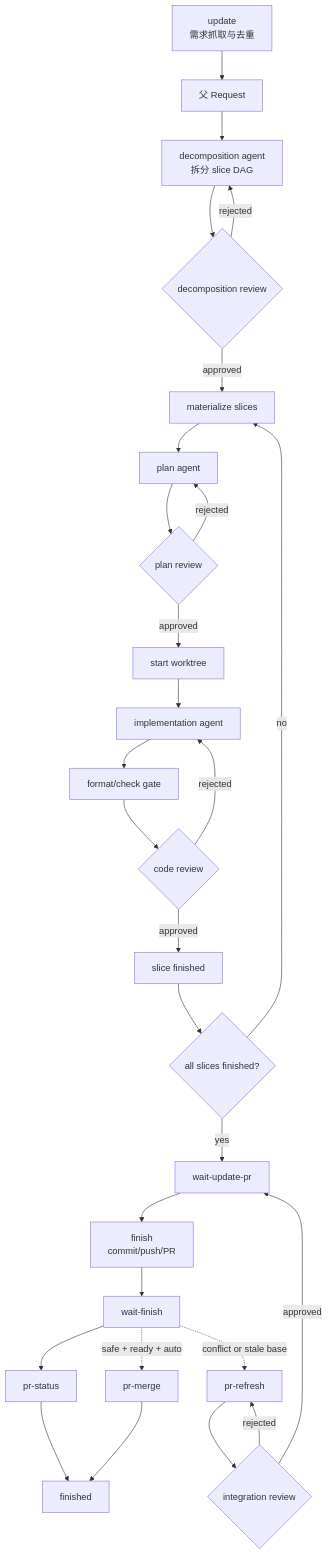
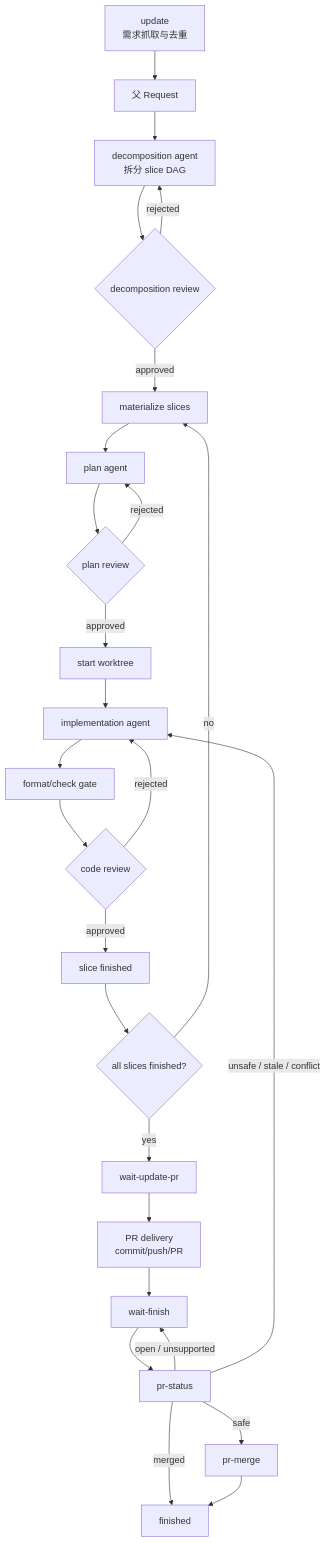
The diagram in docs/workflow.md (ZhmYe/Sandrone), drawn with Mermaid before and after one commit. The commit also changed other lines of this file and 49 other files, not shown here.

````diff
--- a/docs/workflow.md
+++ b/docs/workflow.md
@@ -19,30 +19,28 @@
 ```mermaid
 flowchart TD
     U["update<br/>需求抓取与去重"] --> R["父 Request"]
     R --> D["decomposition agent<br/>拆分 slice DAG"]
     D --> DR{"decomposition review"}
     DR -- "rejected" --> D
     DR -- "approved" --> S["materialize slices"]
     S --> P["plan agent"]
     P --> PR{"plan review"}
     PR -- "rejected" --> P
     PR -- "approved" --> W["start worktree"]
     W --> I["implementation agent"]
     I --> F["format/check gate"]
     F --> CR{"code review"}
     CR -- "rejected" --> I
     CR -- "approved" --> SF["slice finished"]
     SF --> ALL{"all slices finished?"}
     ALL -- "no" --> S
     ALL -- "yes" --> WP["wait-update-pr"]
-    WP --> FIN["finish<br/>commit/push/PR"]
+    WP --> FIN["PR delivery<br/>commit/push/PR"]
     FIN --> WF["wait-finish"]
     WF --> PS["pr-status"]
-    PS --> DONE["finished"]
-    WF -. "safe + ready + auto" .-> PM["pr-merge"]
+    PS -- "merged" --> DONE["finished"]
+    PS -- "safe" --> PM["pr-merge"]
     PM --> DONE
-    WF -. "conflict or stale base" .-> REF["pr-refresh"]
-    REF --> IR{"integration review"}
-    IR -- "rejected" --> REF
-    IR -- "approved" --> WP
+    PS -- "open / unsupported" --> WF
+    PS -- "unsafe / stale / conflict" --> I
 ```
````
